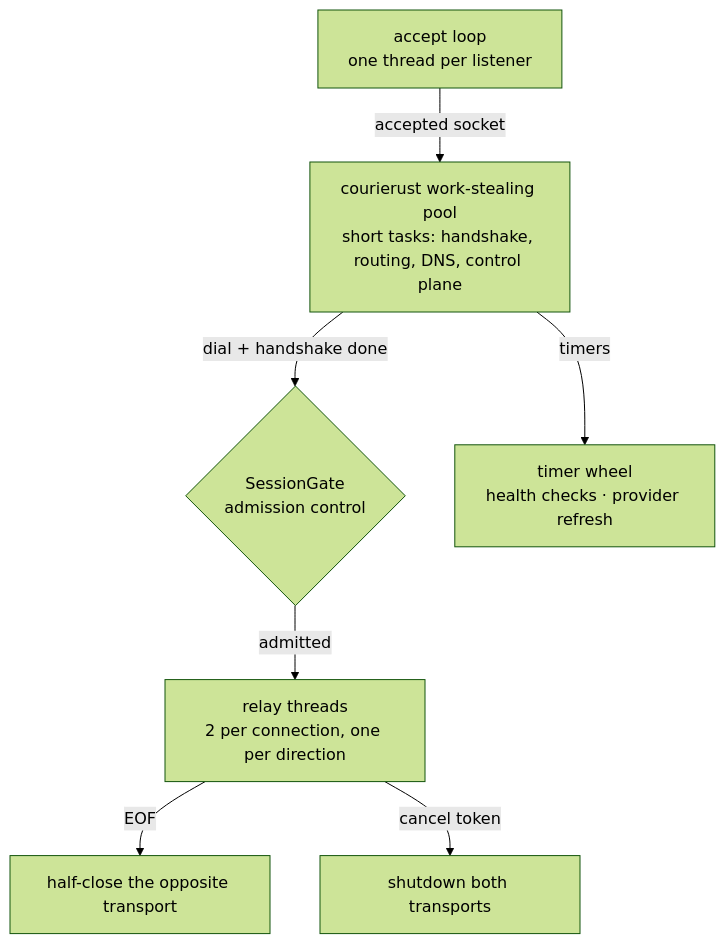
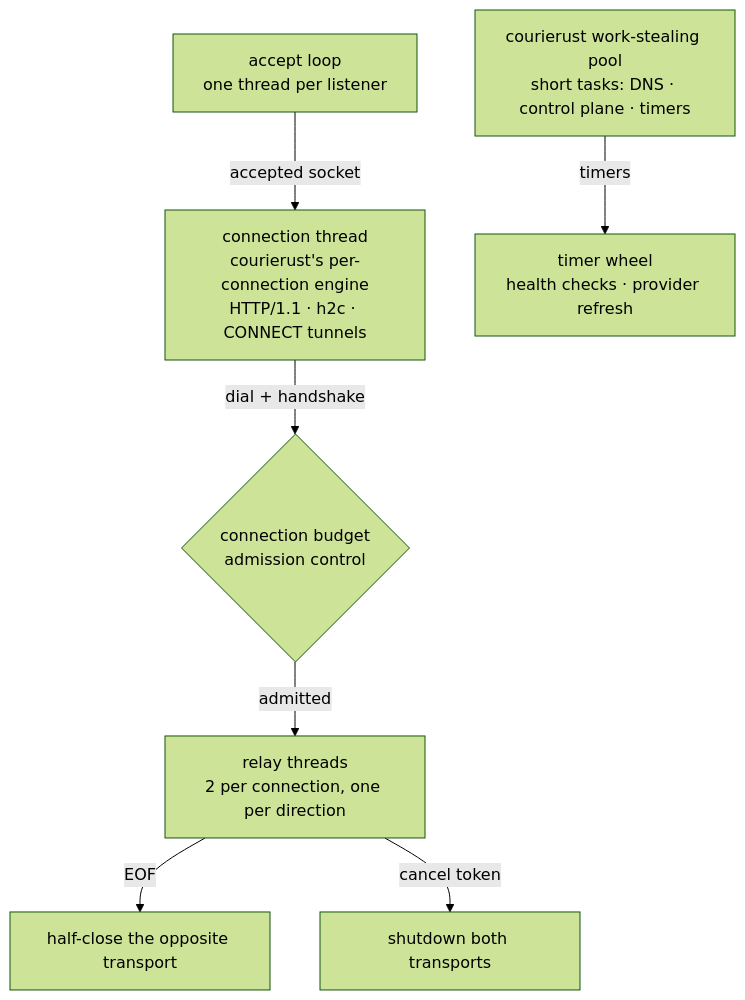
Before and after one commit to blueokanna/Corduit: the second of 3 diagrams in README.md, drawn with Mermaid (forest theme). The commit also changed other lines of this file and 54 other files, not shown here.

````diff
--- a/README.md
+++ b/README.md
@@ -104,9 +104,9 @@
 ```mermaid
 flowchart TB
-    L["accept loop<br/>one thread per listener"] -->|accepted socket| P["courierust work-stealing pool<br/>short tasks: handshake, routing, DNS, control plane"]
-    P -->|dial + handshake done| G{"SessionGate<br/>admission control"}
+    L["accept loop<br/>one thread per listener"] -->|accepted socket| S["connection thread<br/>courierust's per-connection engine<br/>HTTP/1.1 · h2c · CONNECT tunnels"]
+    S -->|dial + handshake| G{"connection budget<br/>admission control"}
     G -->|admitted| R["relay threads<br/>2 per connection, one per direction"]
     R -->|EOF| HC["half-close the opposite transport"]
     R -->|cancel token| SD["shutdown both transports"]
-    P -->|timers| T["timer wheel<br/>health checks · provider refresh"]
+    P["courierust work-stealing pool<br/>short tasks: DNS · control plane · timers"] -->|timers| T["timer wheel<br/>health checks · provider refresh"]
 ```
````
